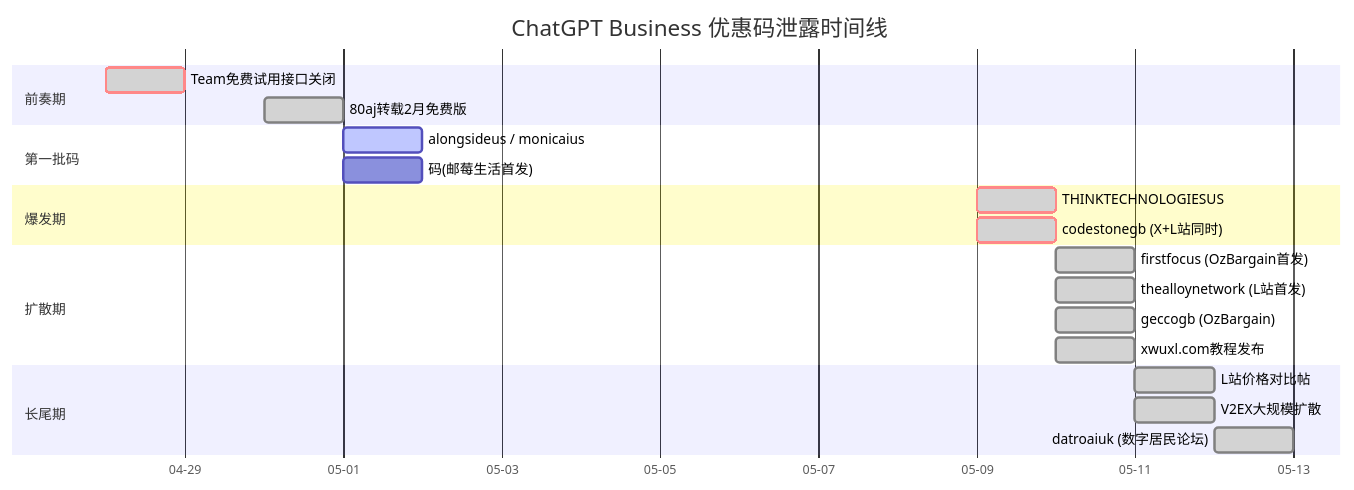
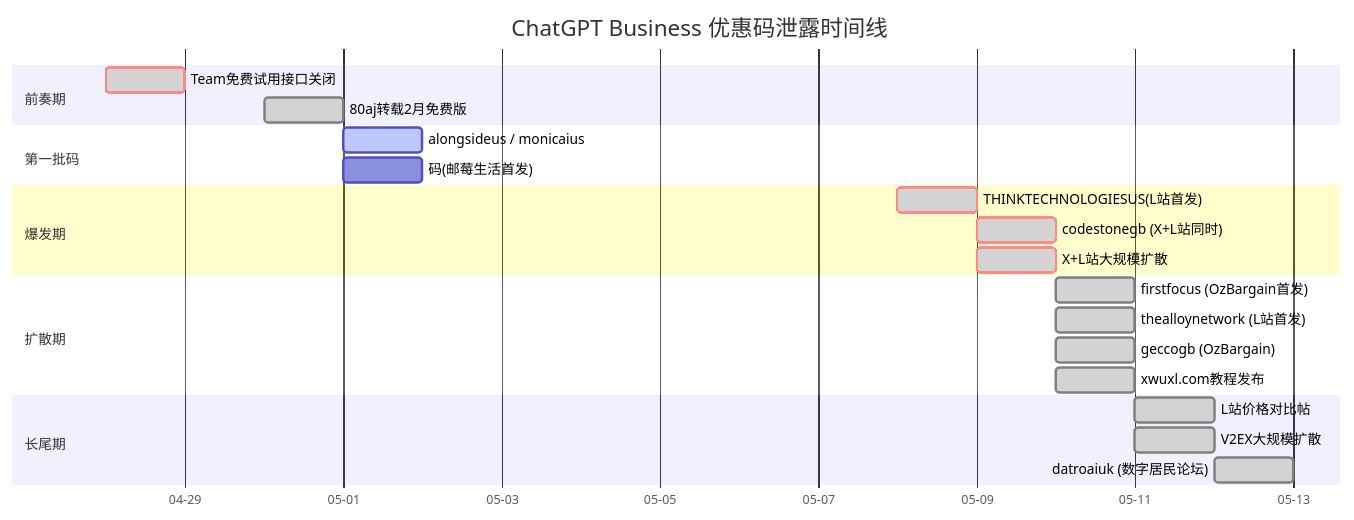
The first of 2 diagrams in content/posts/chatgpt-business-promo-investigation.md (YouToco/zhuoqidev.com), drawn with Mermaid before and after one commit. The commit also changed other lines of this file and 1 other file, not shown here.

```diff
--- a/content/posts/chatgpt-business-promo-investigation.md
+++ b/content/posts/chatgpt-business-promo-investigation.md
@@ -82,30 +82,31 @@
 {{< mermaid >}}
 gantt
     title       ChatGPT Business 优惠码泄露时间线
     dateFormat  YYYY-MM-DD
     axisFormat  %m-%d
     tickInterval 2day
 
     section 前奏期
     Team免费试用接口关闭        :done,   crit,   a1, 2026-04-28, 1d
     80aj转载2月免费版            :done,           a2, 2026-04-30, 1d
 
     section 第一批码
     alongsideus / monicaius     :active,         b1, 2026-05-01, 1d
     码(邮莓生活首发)            :                 b1a, 2026-05-01, 1d
 
     section 爆发期
-    THINKTECHNOLOGIESUS         :done,   crit,   c1, 2026-05-09, 1d
+    THINKTECHNOLOGIESUS(L站首发):done,   crit,   c0, 2026-05-08, 1d
     codestonegb (X+L站同时)     :done,   crit,   c2, 2026-05-09, 1d
+    X+L站大规模扩散             :done,   crit,   c1, 2026-05-09, 1d
 
     section 扩散期
     firstfocus (OzBargain首发)  :done,           d1, 2026-05-10, 1d
     thealloynetwork (L站首发)   :done,           d2, 2026-05-10, 1d
     geccogb (OzBargain)         :done,           d3, 2026-05-10, 1d
     xwuxl.com教程发布           :done,           d4, 2026-05-10, 1d
 
     section 长尾期
     L站价格对比帖               :done,           e1, 2026-05-11, 1d
     V2EX大规模扩散              :done,           e2, 2026-05-11, 1d
     datroaiuk (数字居民论坛)    :done,           e3, 2026-05-12, 1d
 {{< /mermaid >}}
```
